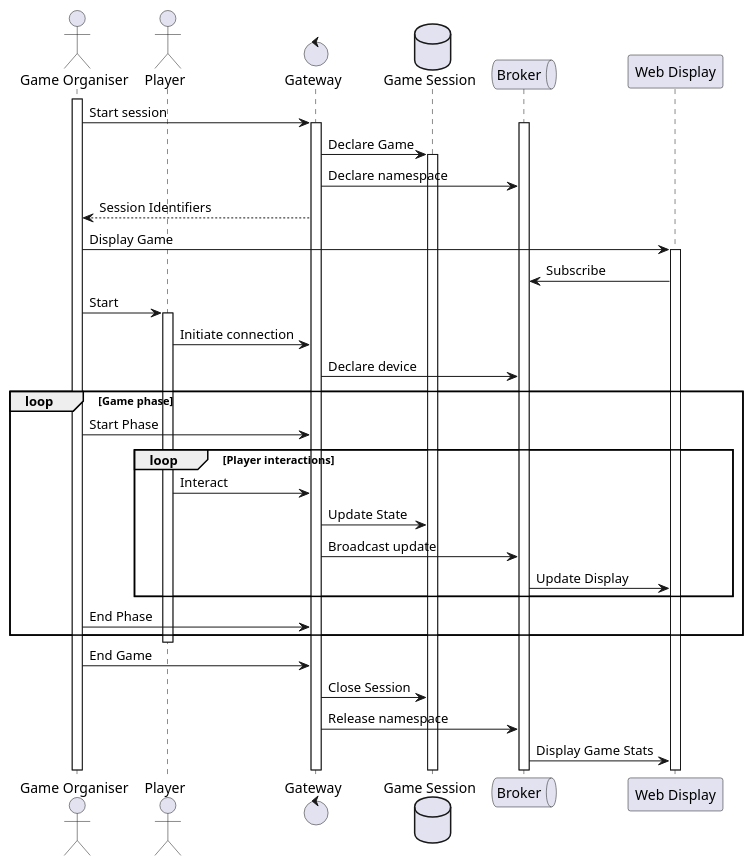
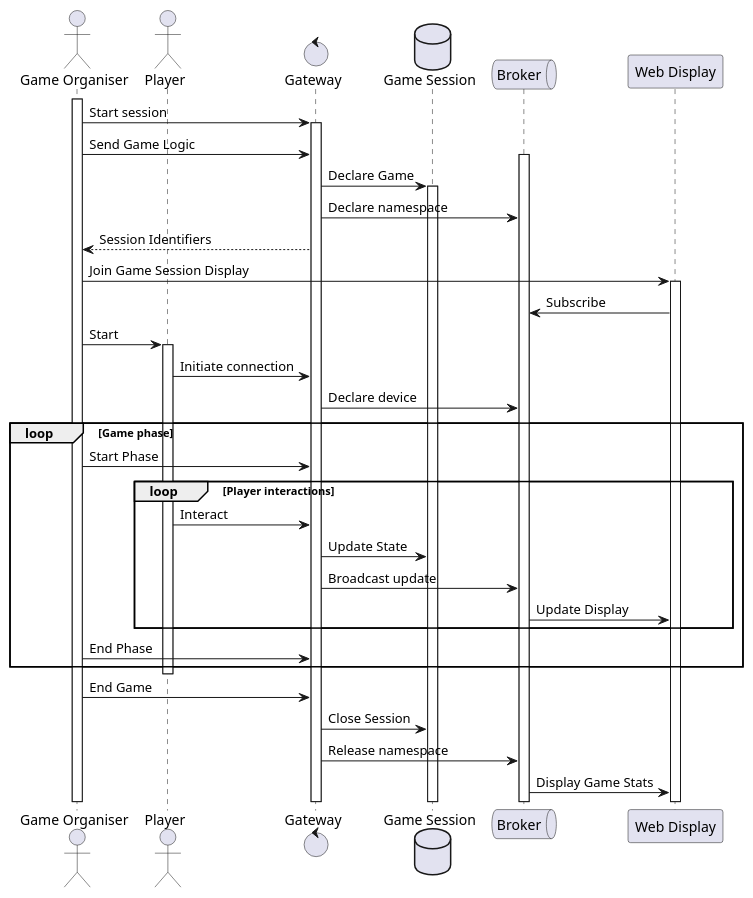
Before and after one commit to bcopy/microsquad: the diagram in docs/plantuml/sequence-diagrams/game-management.puml, drawn with PlantUML.

Commit message:
Add game management sequence

```diff
--- a/docs/plantuml/sequence-diagrams/game-management.puml
+++ b/docs/plantuml/sequence-diagrams/game-management.puml
@@ -1,46 +1,51 @@
 @startuml
 
 
 actor "Game Organiser" as Organiser
 actor Player
 control Gateway
 database "Game Session" as Game
 queue Broker
 participant "Web Display" as Web
 
 activate Organiser
+
+
 Organiser -> Gateway : Start session
+activate Gateway
 
-activate Gateway
+Organiser -> Gateway : Send Game Logic
+
+
 activate Broker
 
 Gateway -> Game : Declare Game
 
 activate Game
 Gateway -> Broker : Declare namespace
 Gateway --> Organiser : Session Identifiers
 
-Organiser -> Web : Display Game
+Organiser -> Web : Join Game Session Display
 activate Web
 Web -> Broker : Subscribe
 Organiser -> Player : Start
 activate Player
 Player -> Gateway : Initiate connection
 Gateway -> Broker : Declare device
 
 loop Game phase
     Organiser -> Gateway : Start Phase
     loop Player interactions
         Player -> Gateway : Interact
         Gateway -> Game : Update State
         Gateway -> Broker : Broadcast update
         Broker -> Web : Update Display
     end
     Organiser -> Gateway : End Phase
 end
 deactivate Player
 Organiser -> Gateway : End Game
 Gateway -> Game : Close Session
 Gateway -> Broker : Release namespace
 Broker -> Web : Display Game Stats
 @enduml
```
